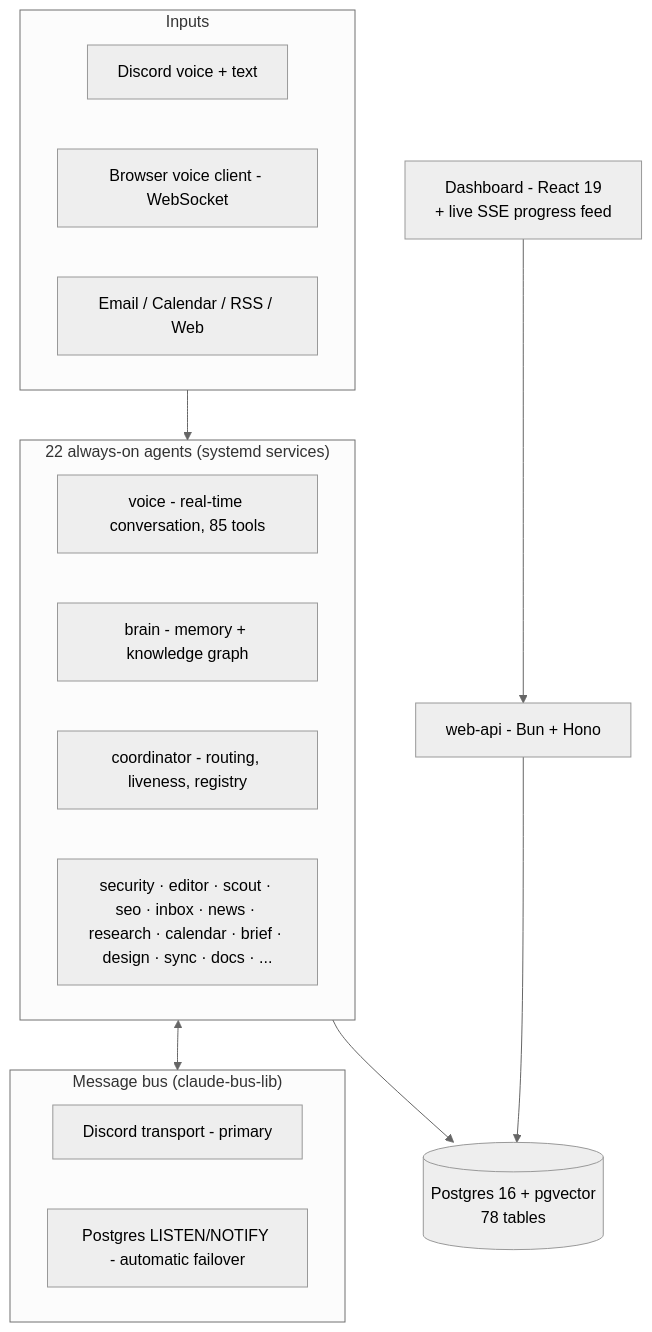
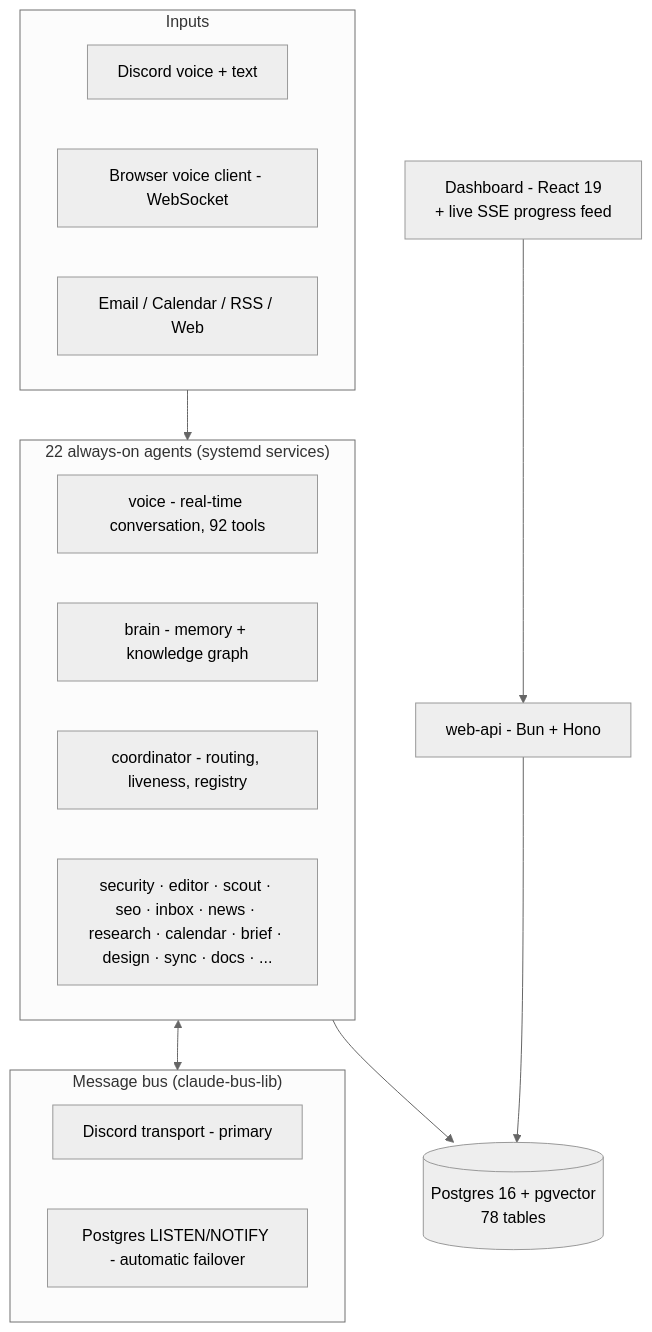
The first of 4 diagrams in README.md (StovBuilds/jarvis-architecture), drawn with Mermaid (neutral theme) before and after one commit.

Commit message:
docs: architecture diagram voice node 85→92 tools (consistency with re-verified count)
Claude-Session: https://claude.ai/code/session_013XH1KHjQUVfWUkY3cbpWNe

````diff
--- a/README.md
+++ b/README.md
@@ -32,31 +32,31 @@
 ```mermaid
 flowchart TB
     subgraph Inputs
         D[Discord voice + text]
         W[Browser voice client - WebSocket]
         E[Email / Calendar / RSS / Web]
     end
 
     subgraph Bus["Message bus (claude-bus-lib)"]
         direction LR
         B1[Discord transport - primary]
         B2[Postgres LISTEN/NOTIFY - automatic failover]
     end
 
     subgraph Agents["22 always-on agents (systemd services)"]
-        V[voice - real-time conversation, 85 tools]
+        V[voice - real-time conversation, 92 tools]
         BR[brain - memory + knowledge graph]
         CO[coordinator - routing, liveness, registry]
         OPS[security · editor · scout · seo · inbox · news · research · calendar · brief · design · sync · docs · ...]
     end
 
     PG[(Postgres 16 + pgvector<br/>78 tables)]
     API[web-api - Bun + Hono]
     UI[Dashboard - React 19<br/>+ live SSE progress feed]
 
     Inputs --> Agents
     Agents <--> Bus
     Agents --> PG
     API --> PG
     UI --> API
 ```
````
